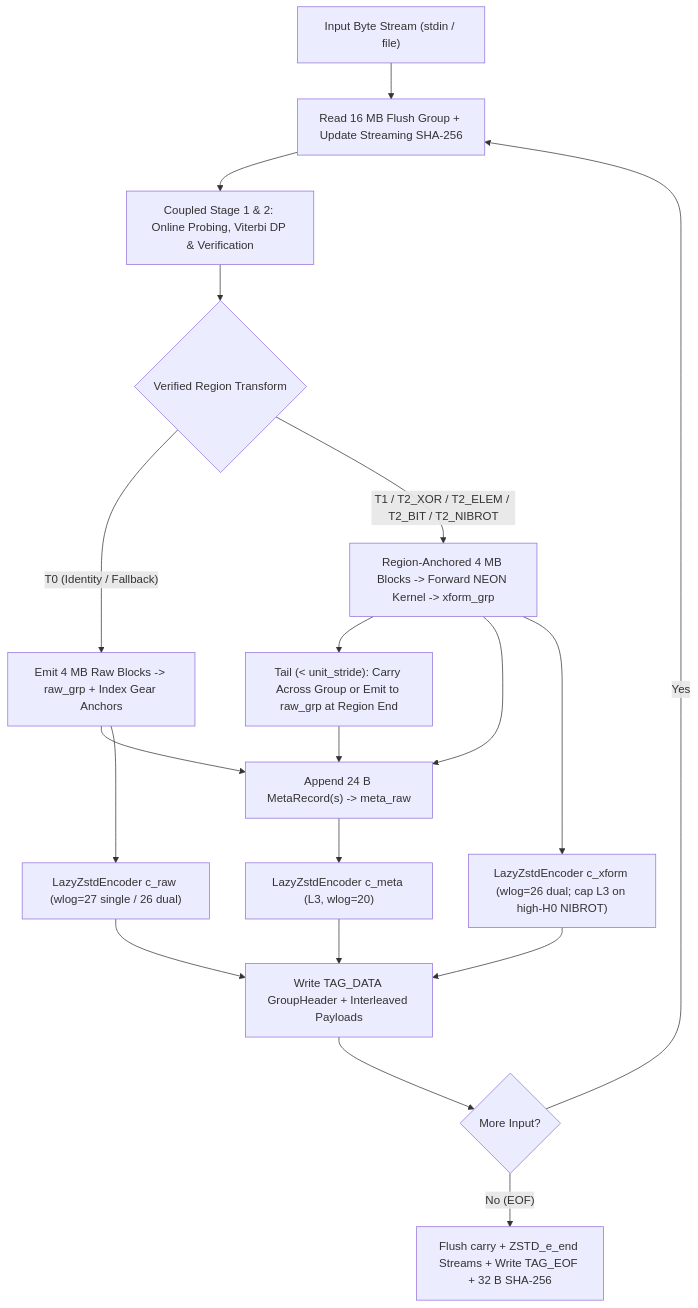
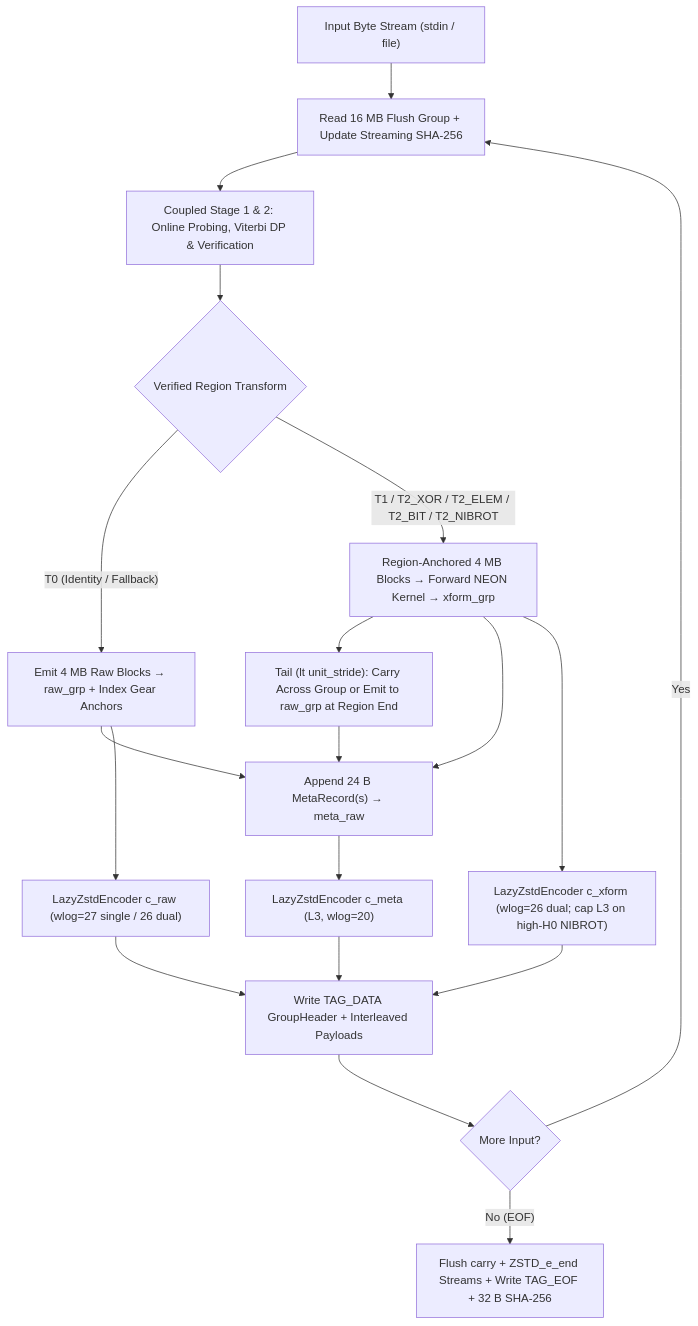
The first of 5 diagrams in ARCHITECTURE.md (austinjohnathand-code/asv4-compression), drawn with Mermaid before and after one commit. The commit also changed other lines of this file and 4 other files, not shown here.

Commit message:
Polish v4.1 release: Mermaid escaping, top-level Makefile, and real corpus downloader

````diff
--- a/ARCHITECTURE.md
+++ b/ARCHITECTURE.md
@@ -11,26 +11,26 @@
 ```mermaid
 flowchart TD
     IN["Input Byte Stream (stdin / file)"] --> FG["Read 16 MB Flush Group + Update Streaming SHA-256"]
     FG --> S12["Coupled Stage 1 & 2: Online Probing, Viterbi DP & Verification"]
 
     S12 --> REG{"Verified Region Transform"}
-    REG -->|"T0 (Identity / Fallback)"| RAW_EMIT["Emit 4 MB Raw Blocks -> raw_grp + Index Gear Anchors"]
-    REG -->|"T1 / T2_XOR / T2_ELEM / T2_BIT / T2_NIBROT"| XF_EMIT["Region-Anchored 4 MB Blocks -> Forward NEON Kernel -> xform_grp"]
+    REG -->|"T0 (Identity / Fallback)"| RAW_EMIT["Emit 4 MB Raw Blocks → raw_grp + Index Gear Anchors"]
+    REG -->|"T1 / T2_XOR / T2_ELEM / T2_BIT / T2_NIBROT"| XF_EMIT["Region-Anchored 4 MB Blocks → Forward NEON Kernel → xform_grp"]
 
-    RAW_EMIT --> META_Q["Append 24 B MetaRecord(s) -> meta_raw"]
-    XF_EMIT --> CARRY["Tail (< unit_stride): Carry Across Group or Emit to raw_grp at Region End"]
+    RAW_EMIT --> META_Q["Append 24 B MetaRecord(s) → meta_raw"]
+    XF_EMIT --> CARRY["Tail (lt unit_stride): Carry Across Group or Emit to raw_grp at Region End"]
     XF_EMIT --> META_Q
     CARRY --> META_Q
 
     META_Q --> Z_META["LazyZstdEncoder c_meta (L3, wlog=20)"]
     RAW_EMIT --> Z_RAW["LazyZstdEncoder c_raw (wlog=27 single / 26 dual)"]
     XF_EMIT --> Z_XF["LazyZstdEncoder c_xform (wlog=26 dual; cap L3 on high-H0 NIBROT)"]
 
     Z_META --> WRITE["Write TAG_DATA GroupHeader + Interleaved Payloads"]
     Z_RAW --> WRITE
     Z_XF --> WRITE
 
     WRITE --> LOOP{"More Input?"}
     LOOP -->|"Yes"| FG
     LOOP -->|"No (EOF)"| FIN["Flush carry + ZSTD_e_end Streams + Write TAG_EOF + 32 B SHA-256"]
 ```
````
